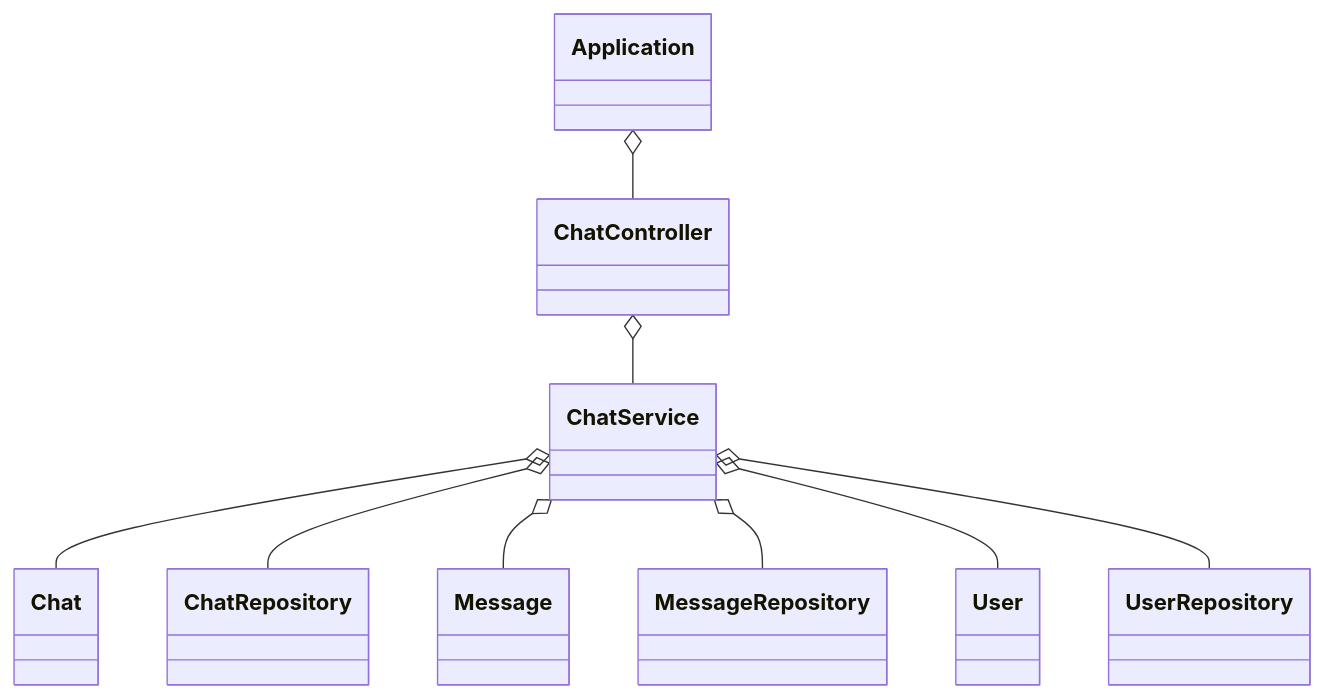
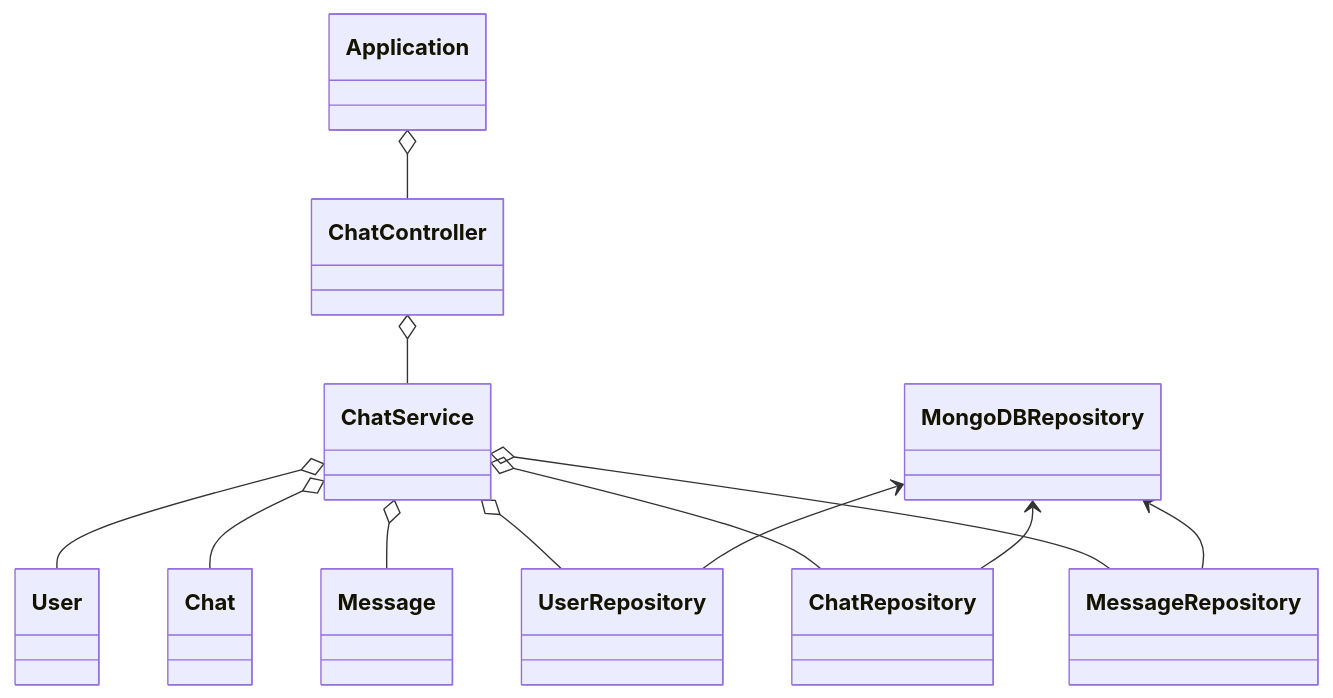
Before and after one commit to StefanRautner/ChatProgram: the fourth of 5 diagrams in Dokumentation.md, drawn with Mermaid. The commit also changed other lines of this file and 2 other files, not shown here.

````diff
--- a/Dokumentation.md
+++ b/Dokumentation.md
@@ -372,11 +375,14 @@
 ```mermaid
 classDiagram
     Application o-- ChatController
     ChatController o-- ChatService
+    ChatService o-- User
     ChatService o-- Chat
+    ChatService o-- Message
+    ChatService o-- UserRepository
     ChatService o-- ChatRepository
-    ChatService o-- Message
     ChatService o-- MessageRepository
-    ChatService o-- User
-    ChatService o-- UserRepository
+    MongoDBRepository <-- ChatRepository
+    MongoDBRepository <-- MessageRepository
+    MongoDBRepository <-- UserRepository
 ```
````
